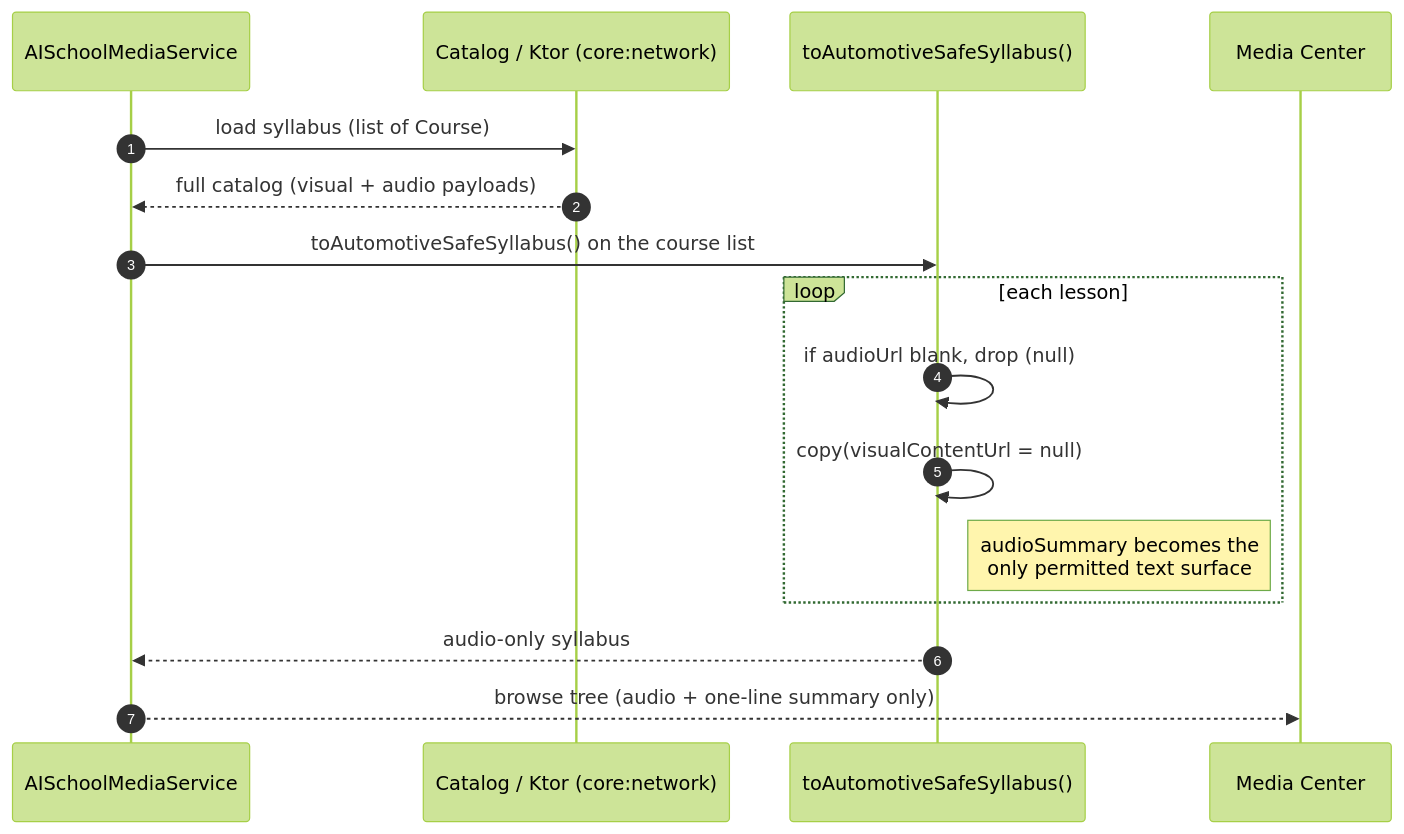
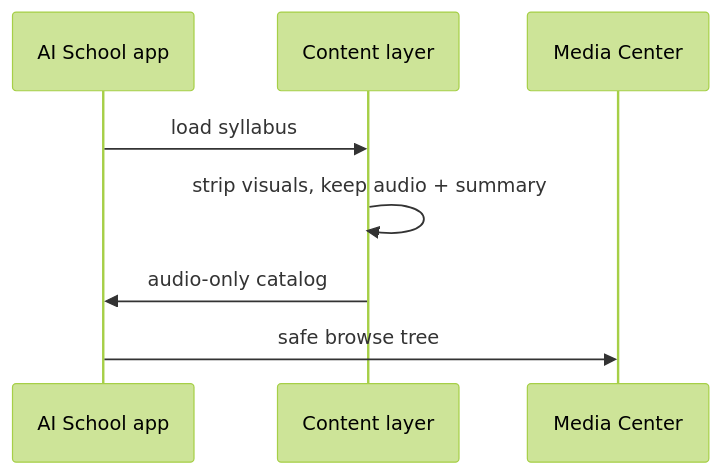
One commit to toshanthi-stack/ai-school-android changed the third of 3 diagrams in docs/SEQUENCE-DIAGRAMS.md. Above: the diagram before and after it, drawn with Mermaid (forest theme). The commit also changed other lines of this file, not shown here.

First line of the commit message:
Simplify sequence diagrams

````diff
--- a/docs/SEQUENCE-DIAGRAMS.md
+++ b/docs/SEQUENCE-DIAGRAMS.md
@@ -114,19 +60,11 @@
 ```mermaid
 sequenceDiagram
-    autonumber
-    participant Service as AISchoolMediaService
-    participant Repo as Catalog / Ktor (core:network)
-    participant Safety as toAutomotiveSafeSyllabus()
+    participant App as AI School app
+    participant Data as Content layer
     participant IVI as Media Center
 
-    Service->>Repo: load syllabus (list of Course)
-    Repo-->>Service: full catalog (visual + audio payloads)
-    Service->>Safety: toAutomotiveSafeSyllabus() on the course list
-    loop each lesson
-        Safety->>Safety: if audioUrl blank, drop (null)
-        Safety->>Safety: copy(visualContentUrl = null)
-        Note right of Safety: audioSummary becomes the<br/>only permitted text surface
-    end
-    Safety-->>Service: audio-only syllabus
-    Service-->>IVI: browse tree (audio + one-line summary only)
+    App->>Data: load syllabus
+    Data->>Data: strip visuals, keep audio + summary
+    Data->>App: audio-only catalog
+    App->>IVI: safe browse tree
 ```
````
